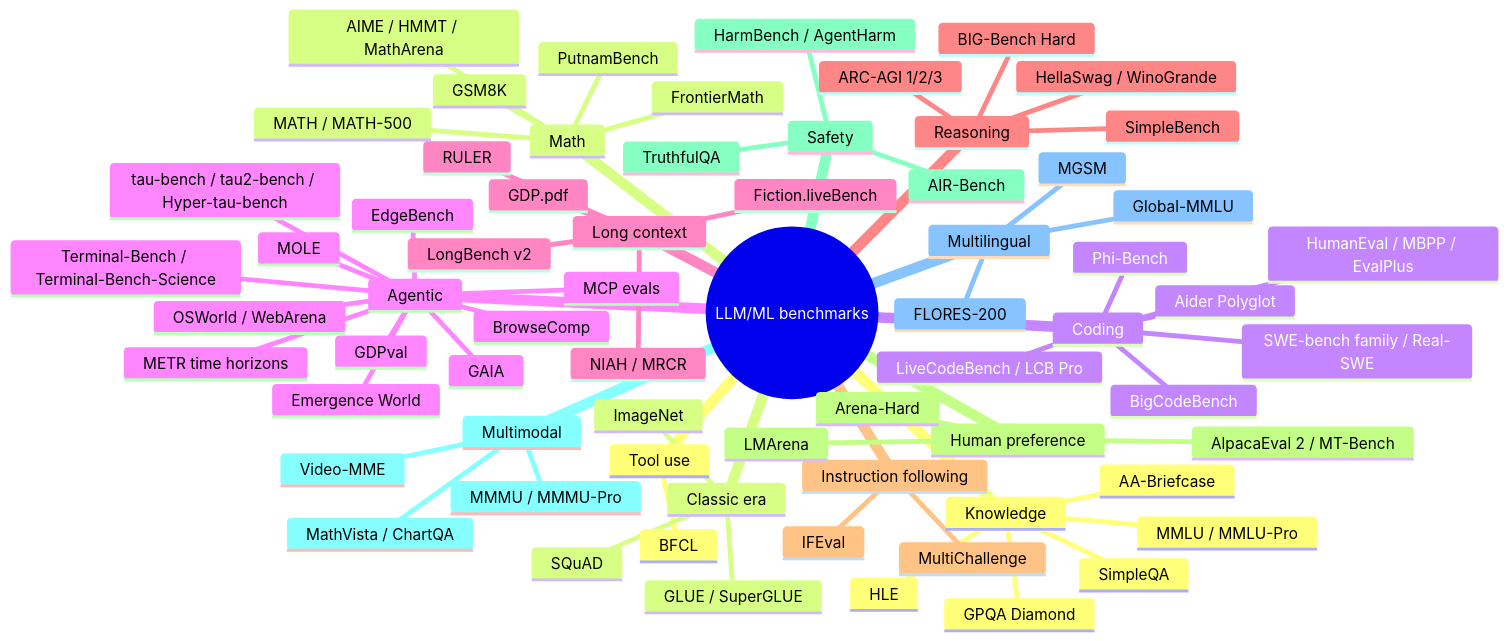
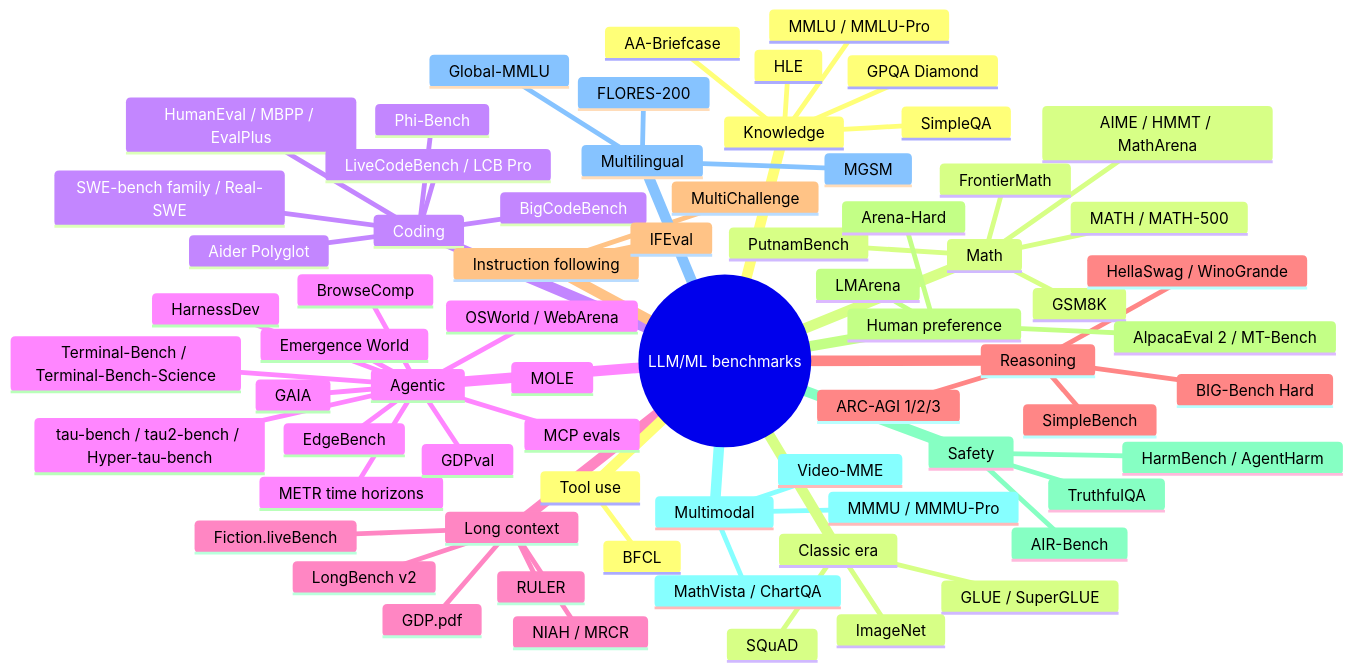
Before and after one commit to khalit7/technical_knowledge_base: the diagram in topics/benchmarks/summary.md, drawn with Mermaid. The commit also changed other lines of this file and 173 other files, not shown here.

````diff
--- a/topics/benchmarks/summary.md
+++ b/topics/benchmarks/summary.md
@@ -43,71 +33,72 @@
 ```mermaid
 mindmap
   root((LLM/ML benchmarks))
     Knowledge
       MMLU / MMLU-Pro
       GPQA Diamond
       HLE
       AA-Briefcase
       SimpleQA
     Math
       GSM8K
       MATH / MATH-500
       AIME / HMMT / MathArena
       FrontierMath
       PutnamBench
     Coding
       HumanEval / MBPP / EvalPlus
       LiveCodeBench / LCB Pro
       SWE-bench family / Real-SWE
       Phi-Bench
       Aider Polyglot
       BigCodeBench
     Agentic
       GAIA
       OSWorld / WebArena
       tau-bench / tau2-bench / Hyper-tau-bench
       Terminal-Bench / Terminal-Bench-Science
       EdgeBench
       Emergence World
+      HarnessDev
       MOLE
       BrowseComp
       MCP evals
       METR time horizons
       GDPval
     Long context
       RULER
       LongBench v2
       GDP.pdf
       NIAH / MRCR
       Fiction.liveBench
     Reasoning
       ARC-AGI 1/2/3
       BIG-Bench Hard
       HellaSwag / WinoGrande
       SimpleBench
     Instruction following
       IFEval
       MultiChallenge
     Human preference
       LMArena
       Arena-Hard
       AlpacaEval 2 / MT-Bench
     Safety
       TruthfulQA
       HarmBench / AgentHarm
       AIR-Bench
     Multimodal
       MMMU / MMMU-Pro
       MathVista / ChartQA
       Video-MME
     Multilingual
       MGSM
       Global-MMLU
       FLORES-200
     Tool use
       BFCL
     Classic era
       GLUE / SuperGLUE
       SQuAD
       ImageNet
 ```
````
